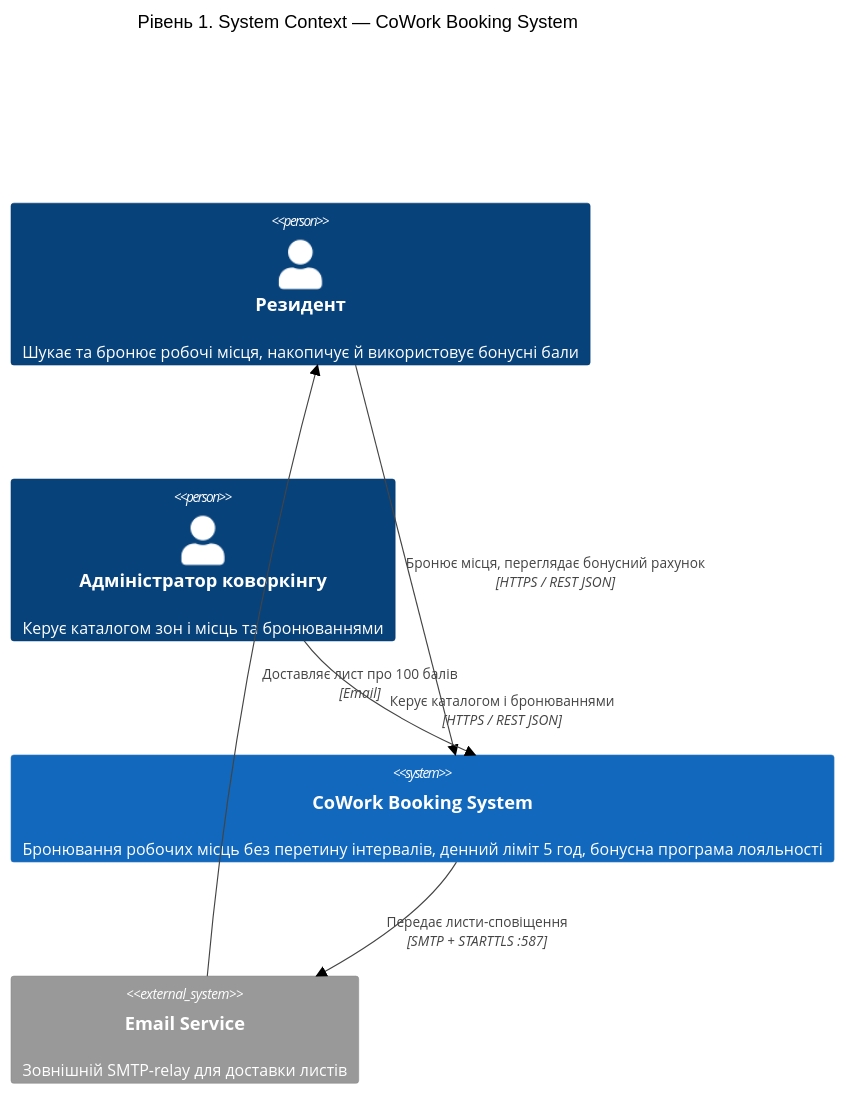
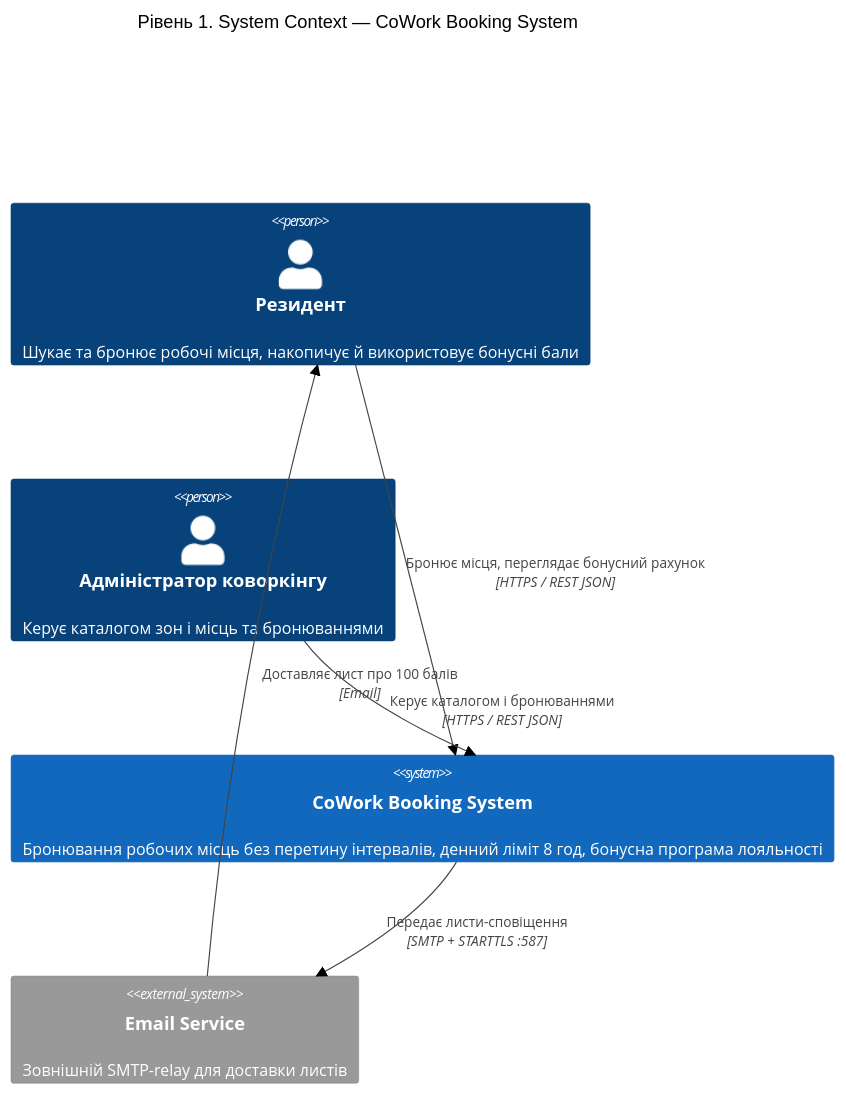
The first of 3 diagrams in docs/2_design.md (1nxiz/F2-diploma-project), drawn with Mermaid (neutral theme) before and after one commit. The commit also changed other lines of this file and 4 other files, not shown here.

````diff
--- a/docs/2_design.md
+++ b/docs/2_design.md
@@ -10,16 +10,16 @@
 ```mermaid
 C4Context
   title Рівень 1. System Context — CoWork Booking System
 
   Person(resident, "Резидент", "Шукає та бронює робочі місця, накопичує й використовує бонусні бали")
   Person(admin, "Адміністратор коворкінгу", "Керує каталогом зон і місць та бронюваннями")
-  System(cws, "CoWork Booking System", "Бронювання робочих місць без перетину інтервалів, денний ліміт 5 год, бонусна програма лояльності")
+  System(cws, "CoWork Booking System", "Бронювання робочих місць без перетину інтервалів, денний ліміт 8 год, бонусна програма лояльності")
   System_Ext(smtp, "Email Service", "Зовнішній SMTP-relay для доставки листів")
 
   Rel(resident, cws, "Бронює місця, переглядає бонусний рахунок", "HTTPS / REST JSON")
   Rel(admin, cws, "Керує каталогом і бронюваннями", "HTTPS / REST JSON")
   Rel(cws, smtp, "Передає листи-сповіщення", "SMTP + STARTTLS :587")
   Rel(smtp, resident, "Доставляє лист про 100 балів", "Email")
 
   UpdateLayoutConfig($c4ShapeInRow="2", $c4BoundaryInRow="1")
 ```
````
